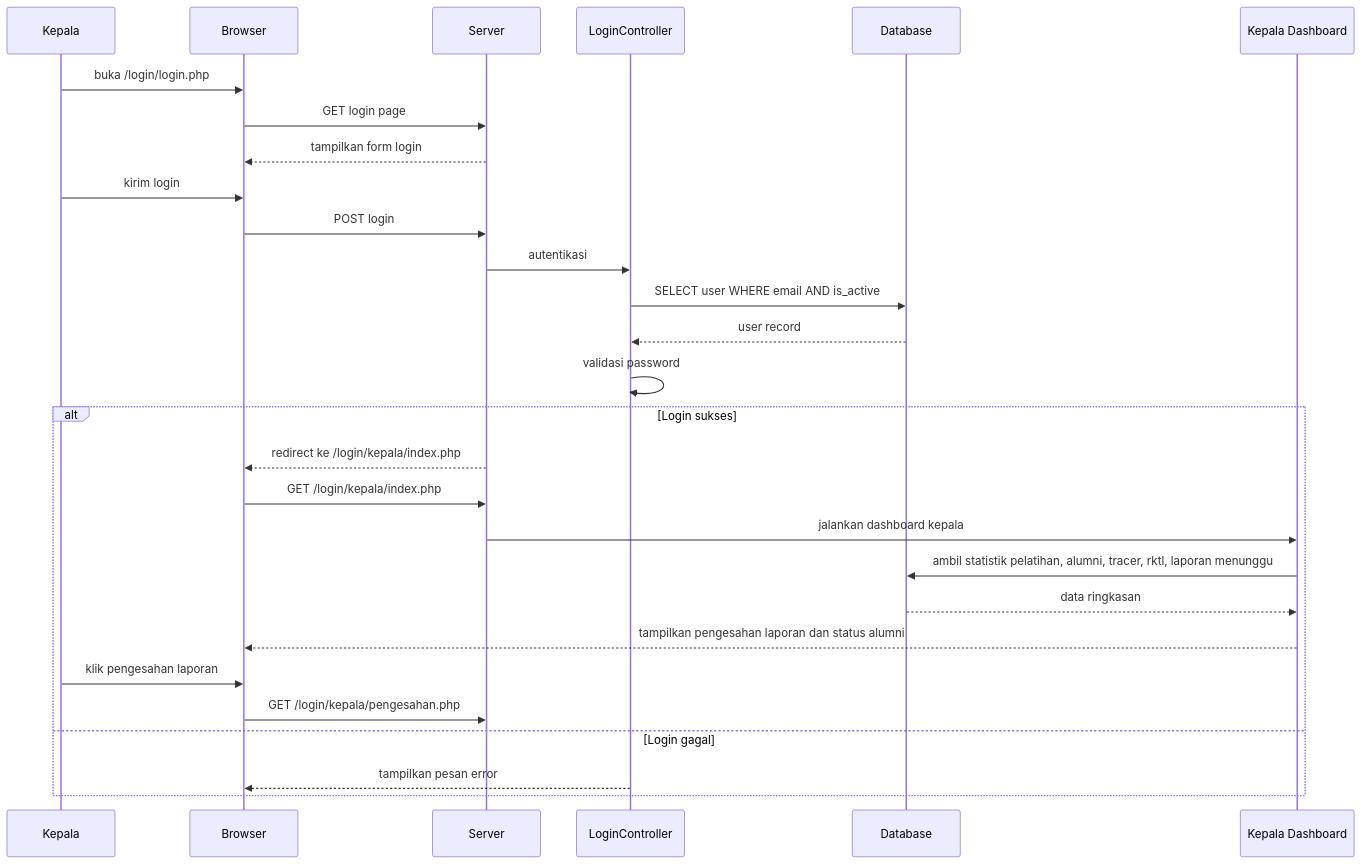
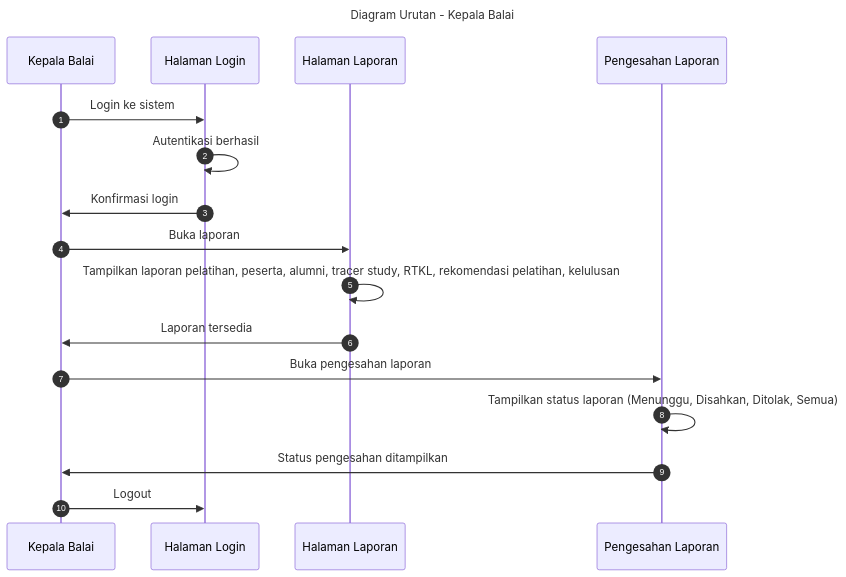
Before and after one commit to hafiz4m1/SISTEM_INFORMASI_MANAJEMEN_PELATIHAN_DAN_ALUMNI: the diagram in diagram/kepala_sequence.mmd, drawn with Mermaid. The commit also changed 47 other files, not shown here.

```diff
--- a/diagram/kepala_sequence.mmd
+++ b/diagram/kepala_sequence.mmd
@@ -1,29 +1,19 @@
 sequenceDiagram
-    participant Kepala
-    participant Browser
-    participant Server
-    participant LoginController as LoginController
-    participant Database as Database
-    participant KepalaDashboard as Kepala Dashboard
+    %% Kepala Balai sequence diagram
+    title Diagram Urutan - Kepala Balai
+    autonumber
+    participant Kepala as Kepala Balai
+    participant HalamanLogin as Halaman Login
+    participant HalamanLaporan as Halaman Laporan
+    participant HalamanPengesahan as Pengesahan Laporan
 
-    Kepala ->> Browser: buka /login/login.php
-    Browser ->> Server: GET login page
-    Server -->> Browser: tampilkan form login
-    Kepala ->> Browser: kirim login
-    Browser ->> Server: POST login
-    Server ->> LoginController: autentikasi
-    LoginController ->> Database: SELECT user WHERE email AND is_active
-    Database -->> LoginController: user record
-    LoginController ->> LoginController: validasi password
-    alt Login sukses
-        Server -->> Browser: redirect ke /login/kepala/index.php
-        Browser ->> Server: GET /login/kepala/index.php
-        Server ->> KepalaDashboard: jalankan dashboard kepala
-        KepalaDashboard ->> Database: ambil statistik pelatihan, alumni, tracer, rktl, laporan menunggu
-        Database -->> KepalaDashboard: data ringkasan
-        KepalaDashboard -->> Browser: tampilkan pengesahan laporan dan status alumni
-        Kepala ->> Browser: klik pengesahan laporan
-        Browser ->> Server: GET /login/kepala/pengesahan.php
-    else Login gagal
-        LoginController -->> Browser: tampilkan pesan error
-    end
+    Kepala ->> HalamanLogin: Login ke sistem
+    HalamanLogin ->> HalamanLogin: Autentikasi berhasil
+    HalamanLogin ->> Kepala: Konfirmasi login
+    Kepala ->> HalamanLaporan: Buka laporan
+    HalamanLaporan ->> HalamanLaporan: Tampilkan laporan pelatihan, peserta, alumni, tracer study, RTKL, rekomendasi pelatihan, kelulusan
+    HalamanLaporan ->> Kepala: Laporan tersedia
+    Kepala ->> HalamanPengesahan: Buka pengesahan laporan
+    HalamanPengesahan ->> HalamanPengesahan: Tampilkan status laporan (Menunggu, Disahkan, Ditolak, Semua)
+    HalamanPengesahan ->> Kepala: Status pengesahan ditampilkan
+    Kepala ->> HalamanLogin: Logout
```
